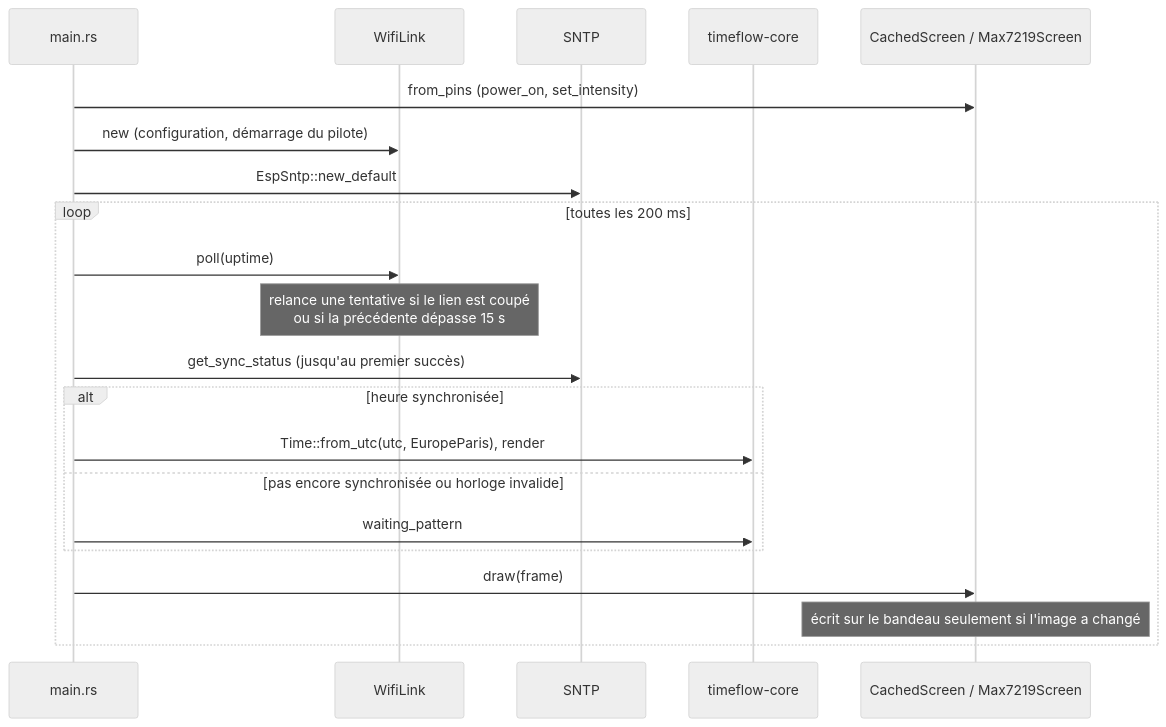
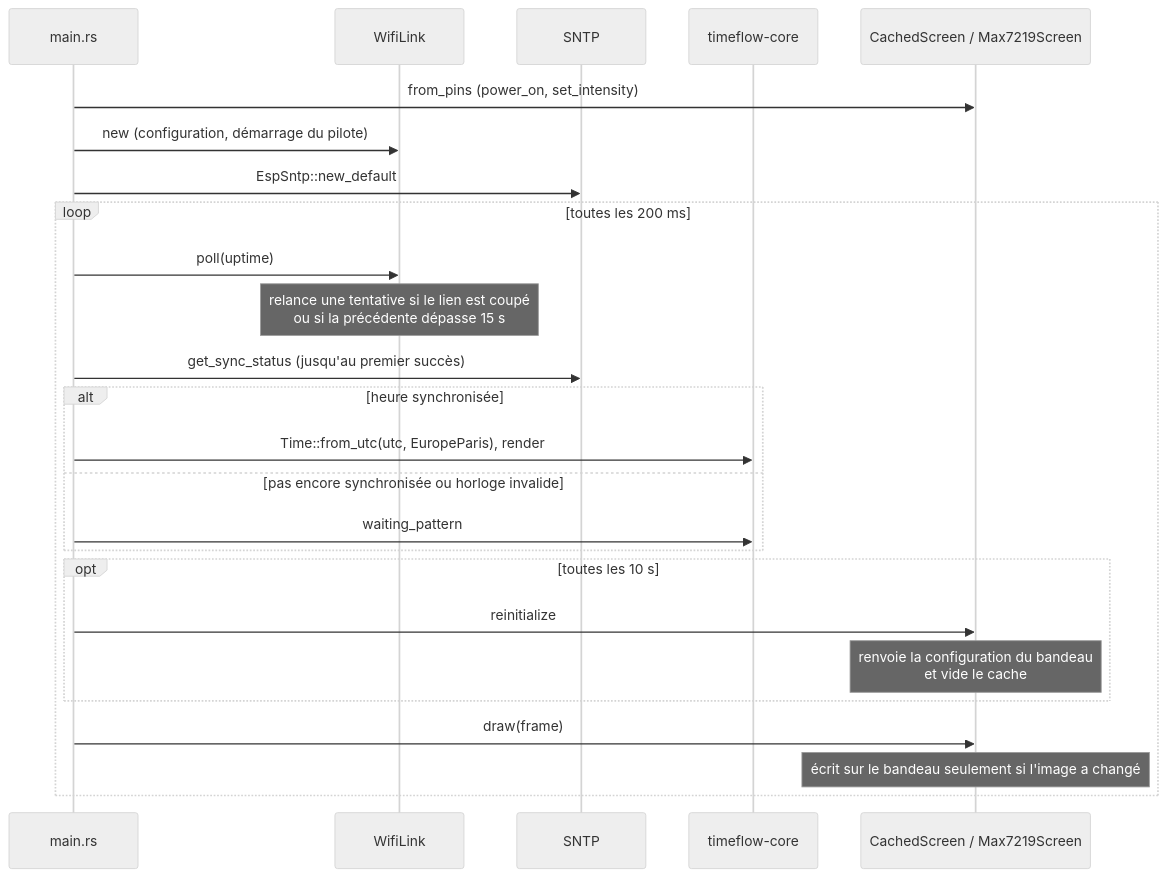
One commit to jprecigout/timeflow changed the second of 3 diagrams in docs/architecture.md. Above: the diagram before and after it, drawn with Mermaid (neutral theme). The commit also changed other lines of this file and 7 other files, not shown here.

````diff
--- a/docs/architecture.md
+++ b/docs/architecture.md
@@ -63,24 +65,28 @@
 ```mermaid
 sequenceDiagram
     participant M as main.rs
     participant W as WifiLink
     participant N as SNTP
     participant C as timeflow-core
     participant S as CachedScreen / Max7219Screen
 
     M->>S: from_pins (power_on, set_intensity)
     M->>W: new (configuration, démarrage du pilote)
     M->>N: EspSntp::new_default
     loop toutes les 200 ms
         M->>W: poll(uptime)
         Note over W: relance une tentative si le lien est coupé<br/>ou si la précédente dépasse 15 s
         M->>N: get_sync_status (jusqu'au premier succès)
         alt heure synchronisée
             M->>C: Time::from_utc(utc, EuropeParis), render
         else pas encore synchronisée ou horloge invalide
             M->>C: waiting_pattern
         end
+        opt toutes les 10 s
+            M->>S: reinitialize
+            Note over S: renvoie la configuration du bandeau<br/>et vide le cache
+        end
         M->>S: draw(frame)
         Note over S: écrit sur le bandeau seulement si l'image a changé
     end
 ```
````
